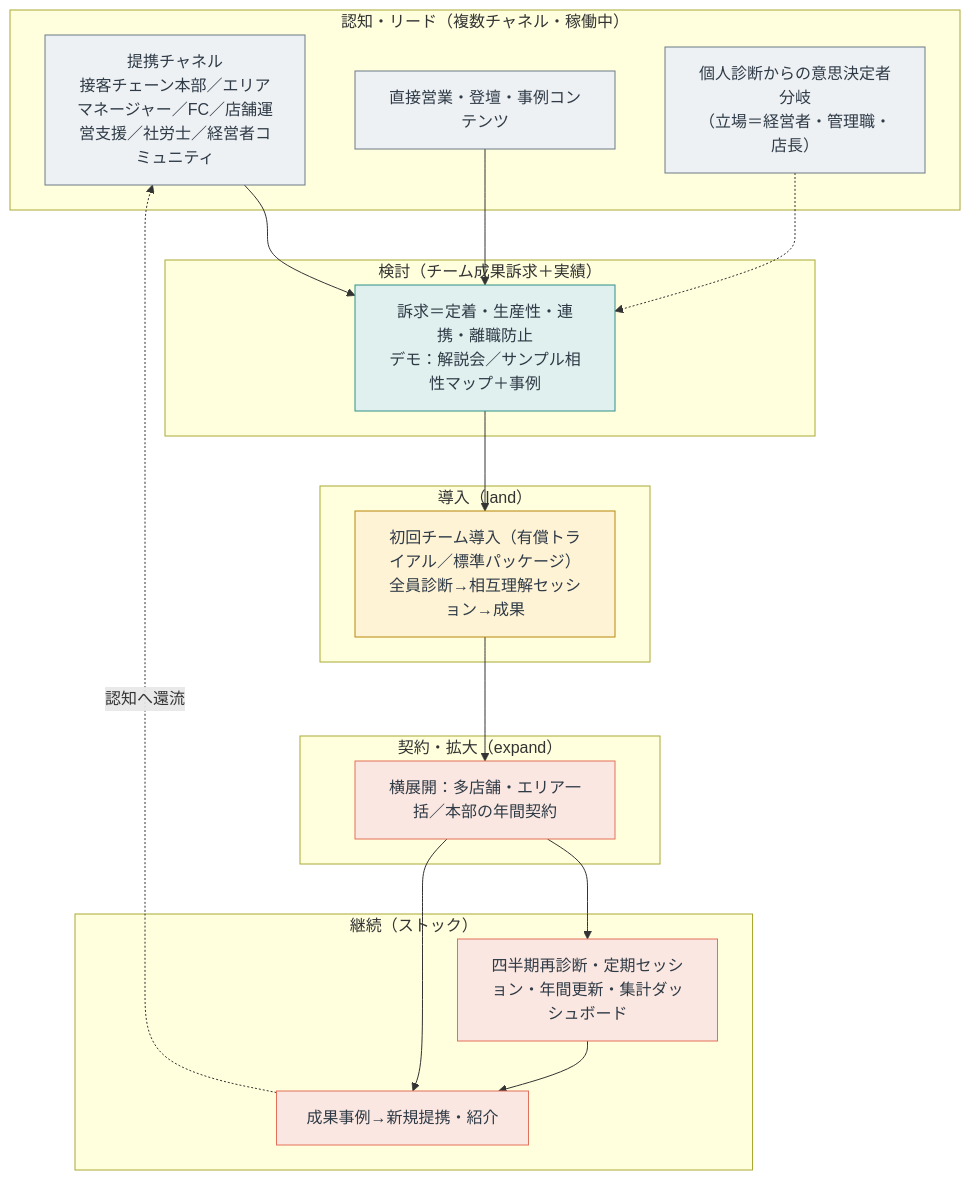
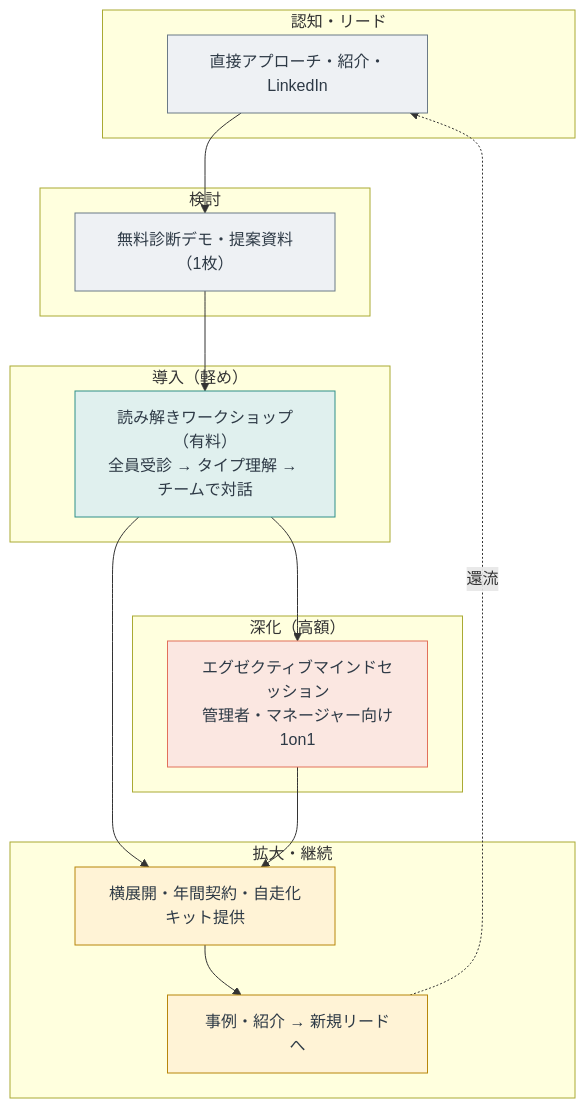
Before and after one commit to yuki-b4/work-relation-quiz: the second of 4 diagrams in ファネル図.md, drawn with Mermaid. The commit also changed other lines of this file and 1 other file, not shown here.

First line of the commit message:
戦略更新：Funnel 1（法人起点・個人波及型）に基づきファネル図とロードマップを刷新

````diff
--- a/ファネル図.md
+++ b/ファネル図.md
@@ -68,33 +62,31 @@
 ```mermaid
 flowchart TD
-  subgraph BACQ["認知・リード（複数チャネル・稼働中）"]
-    B1["提携チャネル<br/>接客チェーン本部／エリアマネージャー／FC／店舗運営支援／社労士／経営者コミュニティ"]
-    B2["直接営業・登壇・事例コンテンツ"]
-    B3["個人診断からの意思決定者分岐<br/>（立場＝経営者・管理職・店長）"]
+  subgraph BACQ["認知・リード"]
+    B1["直接アプローチ・紹介・LinkedIn"]
   end
-  subgraph BCON["検討（チーム成果訴求＋実績）"]
-    B4["訴求＝定着・生産性・連携・離職防止<br/>デモ：解説会／サンプル相性マップ＋事例"]
+  subgraph BCON["検討"]
+    B2["無料診断デモ・提案資料（1枚）"]
   end
-  subgraph BLAND["導入（land）"]
-    B5["初回チーム導入（有償トライアル／標準パッケージ）<br/>全員診断→相互理解セッション→成果"]
+  subgraph BLAND["導入（軽め）"]
+    B3["読み解きワークショップ（有料）<br/>全員受診 → タイプ理解 → チームで対話"]
   end
-  subgraph BEXP["契約・拡大（expand）"]
-    B6["横展開：多店舗・エリア一括／本部の年間契約"]
+  subgraph BPREM["深化（高額）"]
+    B4["エグゼクティブマインドセッション<br/>管理者・マネージャー向け1on1"]
   end
-  subgraph BRET["継続（ストック）"]
-    B7["四半期再診断・定期セッション・年間更新・集計ダッシュボード"]
-    B8["成果事例→新規提携・紹介"]
+  subgraph BEXP["拡大・継続"]
+    B5["横展開・年間契約・自走化キット提供"]
+    B6["事例・紹介 → 新規リードへ"]
   end
-  B1-->B4
-  B2-->B4
-  B3-.->B4
-  B4-->B5-->B6-->B7
-  B6-->B8
-  B7-->B8
-  B8-.->|"認知へ還流"|B1
+
+  B1 --> B2 --> B3 --> B4
+  B3 --> B5
+  B4 --> B5
+  B5 --> B6
+  B6 -.->|"還流"| B1
+
   classDef acq fill:#EEF1F4,stroke:#6B7A87,color:#2E3A46;
   classDef con fill:#E0F0EE,stroke:#2F8F88,color:#2E3A46;
-  classDef land fill:#FFF3D6,stroke:#B8860B,color:#2E3A46;
-  classDef exp fill:#FBE7E1,stroke:#E2705A,color:#2E3A46;
-  class B1,B2,B3 acq; class B4 con; class B5 land; class B6,B7,B8 exp;
+  classDef prem fill:#FBE7E1,stroke:#E2705A,color:#2E3A46;
+  classDef exp fill:#FFF3D6,stroke:#B8860B,color:#2E3A46;
+  class B1,B2 acq; class B3 con; class B4 prem; class B5,B6 exp;
 ```
````
